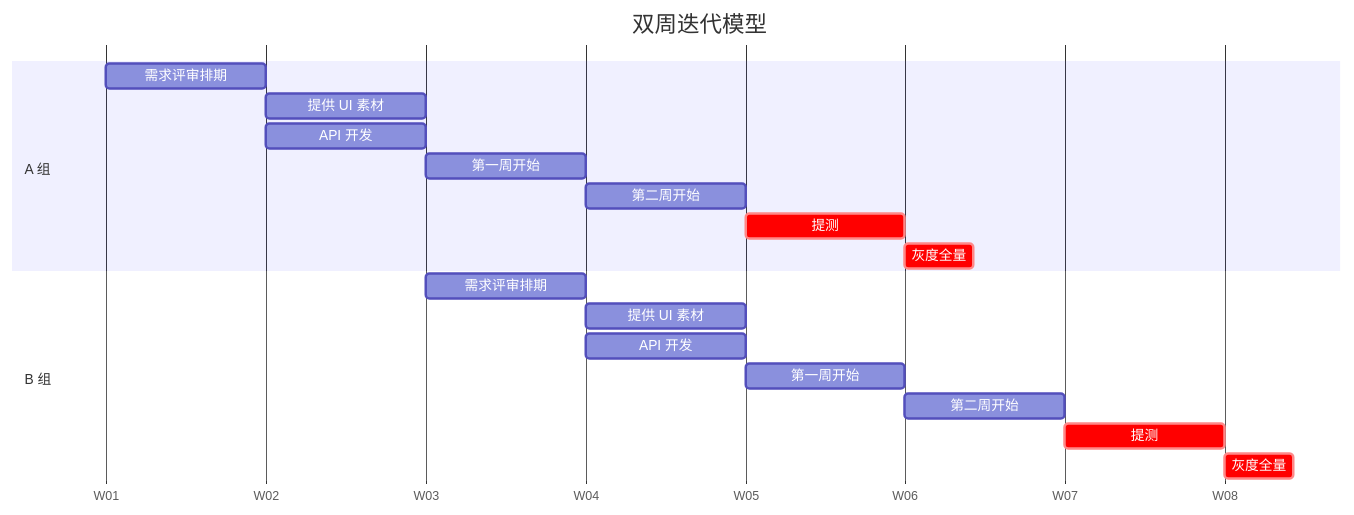
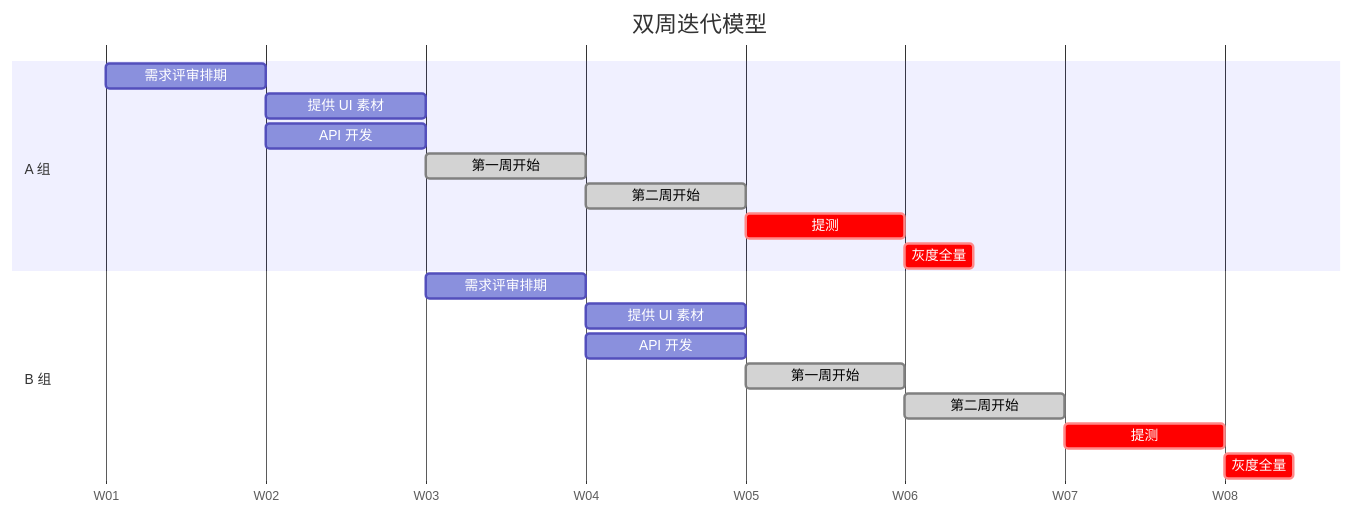
One commit to phodal/ledge changed the diagram in src/assets/docs/casestudies/meituan.md. Above: the diagram before and after it, drawn with Mermaid.

Commit message:
styles:  add styles for meituan model

````diff
--- a/src/assets/docs/casestudies/meituan.md
+++ b/src/assets/docs/casestudies/meituan.md
@@ -10,24 +10,24 @@
 ```mermaid
 gantt
 	title  双周迭代模型
 	dateFormat YYYY-MM-DD
   axisFormat W%U
 
 	section A 组
 	需求评审排期  :a1, 2020-01-05, 7d
 	提供 UI 素材 :a2, after a1 ,7d
 	API 开发    :a3, after a1 , 7d
-	第一周开始   :a4, after a3 , 7d
-	第二周开始   :a5, after a4 , 7d
+	第一周开始   :done, a4, after a3 , 7d
+	第二周开始   :done, a5, after a4 , 7d
 	提测        :crit, a6, after a5 , 7d
   灰度全量     :crit, a7, after a6 , 3d
 
 	section B 组
 	需求评审排期  :b1, 2020-01-19, 7d
 	提供 UI 素材 :b2, after b1 ,7d
 	API 开发    :b3, after b1 , 7d
-	第一周开始   :b4, after b3 , 7d
-	第二周开始   :b5, after b4 , 7d
+	第一周开始   :done, b4, after b3 , 7d
+	第二周开始   :done, b5, after b4 , 7d
 	提测        :crit, b6, after b5 , 7d
   灰度全量     :crit, b7, after b6 , 3d
 ```
````
